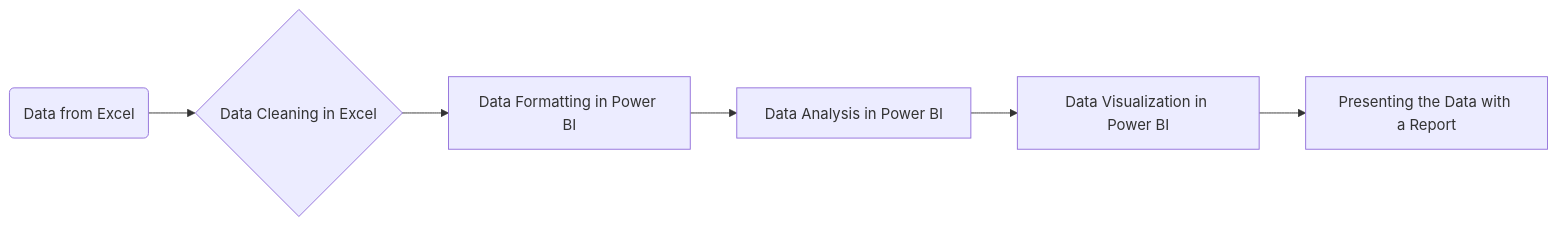
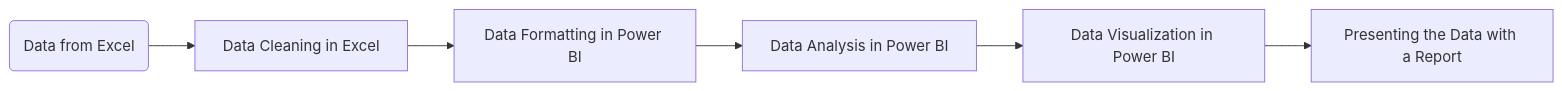
One commit to juanillufriu/blinkit-sales-analysis changed the diagram in README.md. Above: the diagram before and after it, drawn with Mermaid.

Commit message:
Update diagram syntax in README.md

````diff
--- a/README.md
+++ b/README.md
@@ -52,9 +52,9 @@
 ```mermaid
 graph LR
     B(Data from Excel)
-    B --> C{Data Cleaning in Excel}
+    B --> C[Data Cleaning in Excel]
     C --> D[Data Formatting in Power BI]
     D --> E[Data Analysis in Power BI]
     E --> F[Data Visualization in Power BI]
     F --> G[Presenting the Data with a Report]
 ```
````
